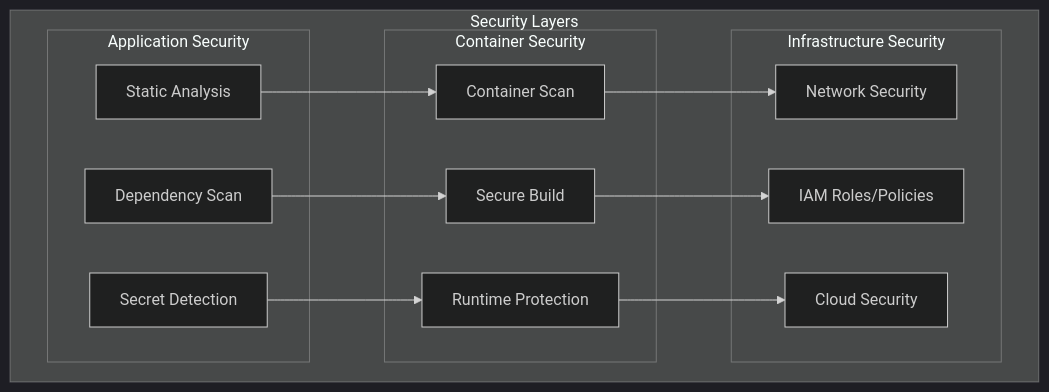
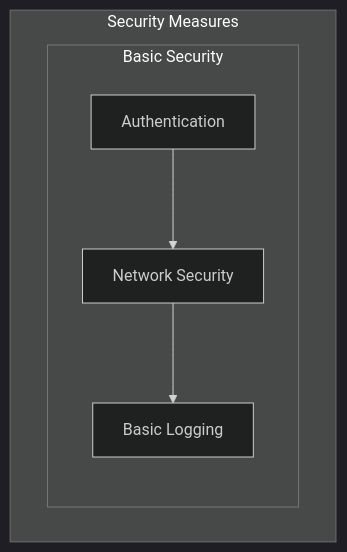
Before and after one commit to secopsarch/aztf-aks-gitops: the third of 5 diagrams in sample-projects/GitLab-DevSecOps/README.md, drawn with Mermaid (dark theme). The commit also changed other lines of this file and 18 other files, not shown here.

````diff
--- a/sample-projects/GitLab-DevSecOps/README.md
+++ b/sample-projects/GitLab-DevSecOps/README.md
@@ -58,30 +44,14 @@
 ```mermaid
 graph TB
-    subgraph "Security Layers"
+    subgraph "Security Measures"
         direction LR
-        subgraph "Application Security"
-            SAST[Static Analysis]
-            DEP[Dependency Scan]
-            SEC[Secret Detection]
-        end
-        
-        subgraph "Container Security"
-            CSCAN[Container Scan]
-            CBUILD[Secure Build]
-            CRUN[Runtime Protection]
-        end
-        
-        subgraph "Infrastructure Security"
-            NETSEC[Network Security]
-            IAM[IAM Roles/Policies]
-            CLOUD[Cloud Security]
+        subgraph "Basic Security"
+            AUTH[Authentication]
+            NET[Network Security]
+            LOG[Basic Logging]
         end
     end
     
-    SAST --> CSCAN
-    DEP --> CBUILD
-    SEC --> CRUN
-    CSCAN --> NETSEC
-    CBUILD --> IAM
-    CRUN --> CLOUD
+    AUTH --> NET
+    NET --> LOG
 ```
````
